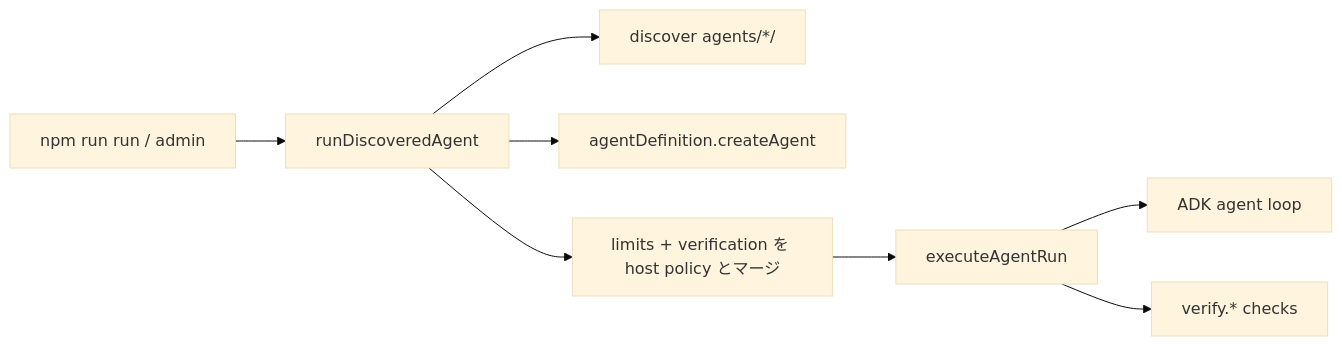
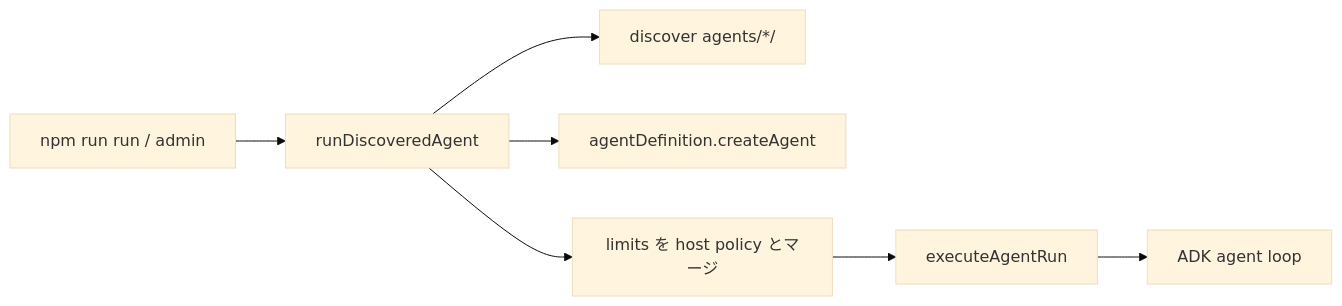
Before and after one commit to Fogrexon/agent-env: the diagram in docs/ARCHITECTURE.md, drawn with Mermaid (base theme). The commit also changed other lines of this file and 98 other files, not shown here.

````diff
--- a/docs/ARCHITECTURE.md
+++ b/docs/ARCHITECTURE.md
@@ -46,10 +44,9 @@
 ```mermaid
 flowchart LR
   CLI["npm run run / admin"] --> RDA["runDiscoveredAgent"]
   RDA --> Disc["discover agents/*/"]
   RDA --> Build["agentDefinition.createAgent"]
-  RDA --> Merge["limits + verification を host policy とマージ"]
+  RDA --> Merge["limits を host policy とマージ"]
   Merge --> Exec["executeAgentRun"]
   Exec --> Agent["ADK agent loop"]
-  Exec --> Ver["verify.* checks"]
 ```
````
